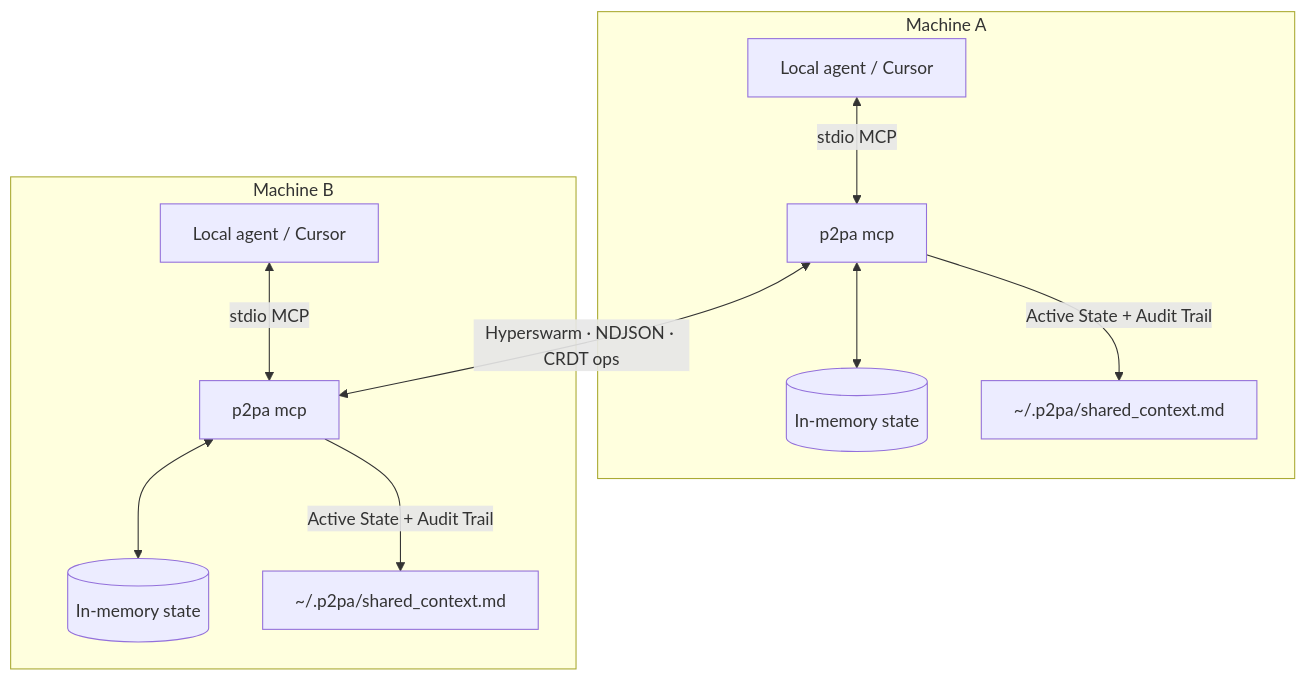
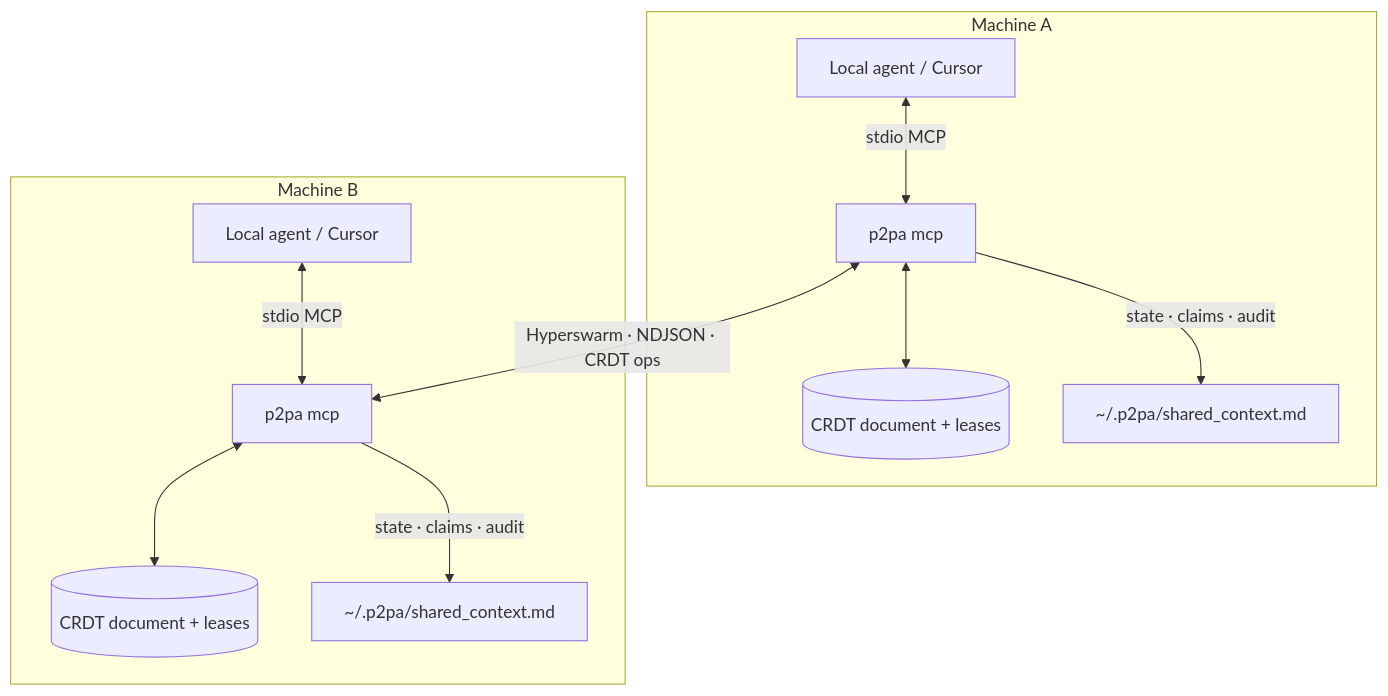
The diagram in README.md (SanjoyDat1/P2PA), drawn with Mermaid before and after one commit. The commit also changed other lines of this file and 5 other files, not shown here.

First line of the commit message:
feat(hardening): bound the audit trail and enforce a single writer

````diff
--- a/README.md
+++ b/README.md
@@ -39,16 +39,16 @@
 ```mermaid
 graph TD
     subgraph MachineA [Machine A]
         AgentA[Local agent / Cursor] <-->|stdio MCP| MCPA[p2pa mcp]
-        MCPA <--> StoreA[(In-memory state)]
-        MCPA -->|Active State + Audit Trail| LogA["~/.p2pa/shared_context.md"]
+        MCPA <--> StoreA[(CRDT document + leases)]
+        MCPA -->|state · claims · audit| LogA["~/.p2pa/shared_context.md"]
     end
 
     subgraph MachineB [Machine B]
         AgentB[Local agent / Cursor] <-->|stdio MCP| MCPB[p2pa mcp]
-        MCPB <--> StoreB[(In-memory state)]
-        MCPB -->|Active State + Audit Trail| LogB["~/.p2pa/shared_context.md"]
+        MCPB <--> StoreB[(CRDT document + leases)]
+        MCPB -->|state · claims · audit| LogB["~/.p2pa/shared_context.md"]
     end
 
     MCPA <-->|Hyperswarm · NDJSON · CRDT ops| MCPB
 ```
````
